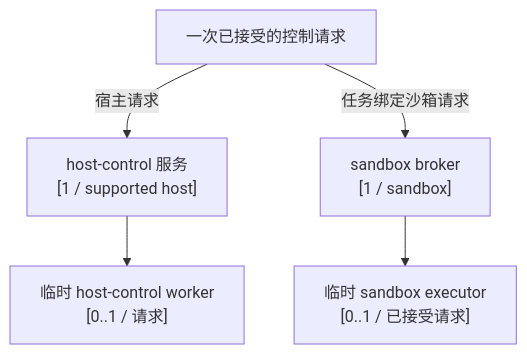
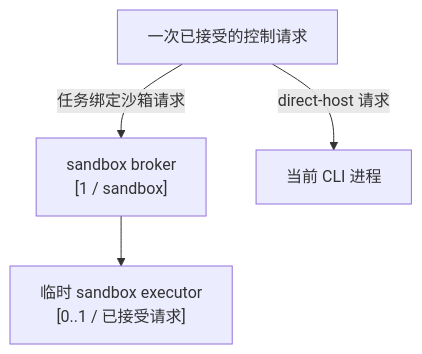
The third of 4 diagrams in docs/zh-CN/architecture.md (fitlab-ai/agent-infra), drawn with Mermaid before and after one commit. The commit also changed other lines of this file and 45 other files, not shown here.

First line of the commit message:
refactor(cli): 移除全局 host-control 常驻服务  (#1021)

````diff
--- a/docs/zh-CN/architecture.md
+++ b/docs/zh-CN/architecture.md
@@ -111,11 +102,9 @@
 ```mermaid
 flowchart TD
   REQUEST["一次已接受的控制请求"]
-  HOST["host-control 服务<br/>[1 / supported host]"]
-  HW["临时 host-control worker<br/>[0..1 / 请求]"]
   BROKER["sandbox broker<br/>[1 / sandbox]"]
   EXEC["临时 sandbox executor<br/>[0..1 / 已接受请求]"]
 
-  REQUEST -->|宿主请求| HOST --> HW
+  REQUEST -->|direct-host 请求| DIRECT["当前 CLI 进程"]
   REQUEST -->|任务绑定沙箱请求| BROKER --> EXEC
 ```
````
